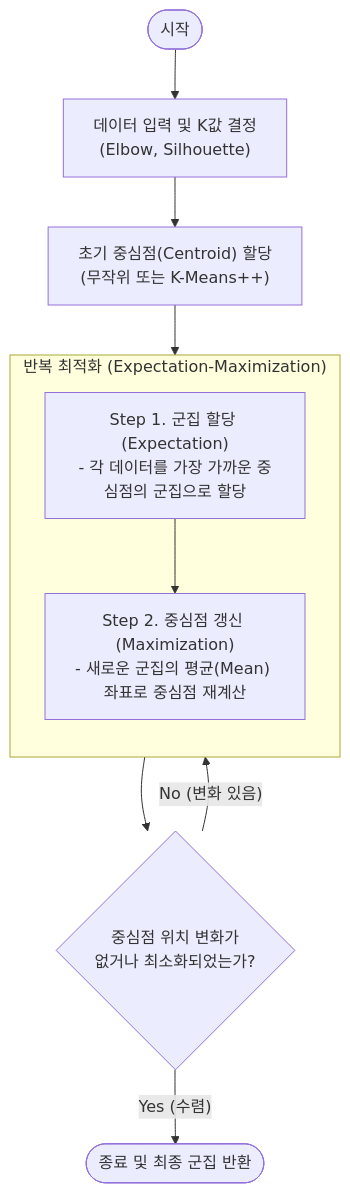
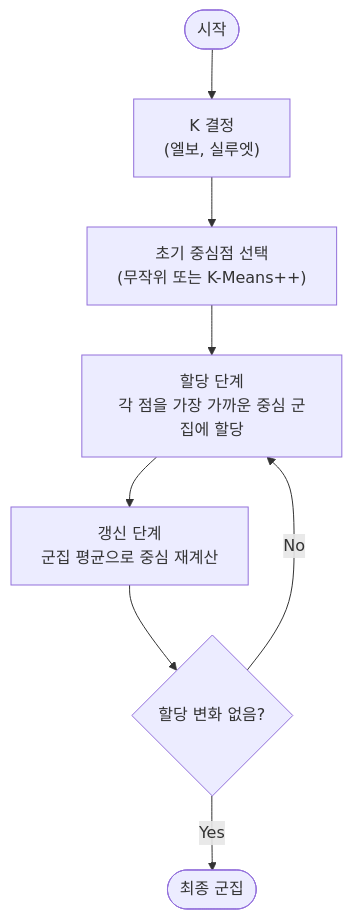
The diagram in content/01_IT Tech/K-평균 알고리즘.md (supremethumb/supremethumb.github.io), drawn with Mermaid before and after one commit. The commit also changed other lines of this file and 1087 other files, not shown here.

````diff
--- a/content/01_IT Tech/K-평균 알고리즘.md
+++ b/content/01_IT Tech/K-평균 알고리즘.md
@@ -23,19 +37,10 @@
 ```mermaid
 flowchart TD
-    START(["시작"]) --> IN["데이터 입력 및 K값 결정<br/>(Elbow, Silhouette)"]
-    IN --> INIT["초기 중심점(Centroid) 할당<br/>(무작위 또는 K-Means++)"]
-    
-    subgraph EM_Loop["반복 최적화 (Expectation-Maximization)"]
-        direction TB
-        E_STEP["Step 1. 군집 할당 (Expectation)<br/>- 각 데이터를 가장 가까운 중심점의 군집으로 할당"]
-        M_STEP["Step 2. 중심점 갱신 (Maximization)<br/>- 새로운 군집의 평균(Mean) 좌표로 중심점 재계산"]
-        
-        E_STEP --> M_STEP
-    end
-    
-    INIT --> E_STEP
-    M_STEP --> COND{"중심점 위치 변화가<br/>없거나 최소화되었는가?"}
-    COND -- "No (변화 있음)" --> E_STEP
-    COND -- "Yes (수렴)" --> END(["종료 및 최종 군집 반환"])
-
+    S(["시작"]) --> K["K 결정<br/>(엘보, 실루엣)"]
+    K --> I["초기 중심점 선택<br/>(무작위 또는 K-Means++)"]
+    I --> A["할당 단계<br/>각 점을 가장 가까운 중심 군집에 할당"]
+    A --> U["갱신 단계<br/>군집 평균으로 중심 재계산"]
+    U --> C{"할당 변화 없음?"}
+    C -- "No" --> A
+    C -- "Yes" --> E(["최종 군집"])
 ```
````
